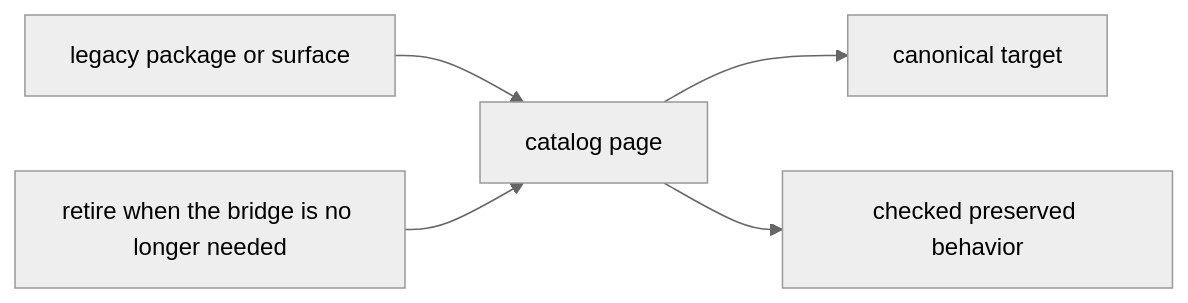
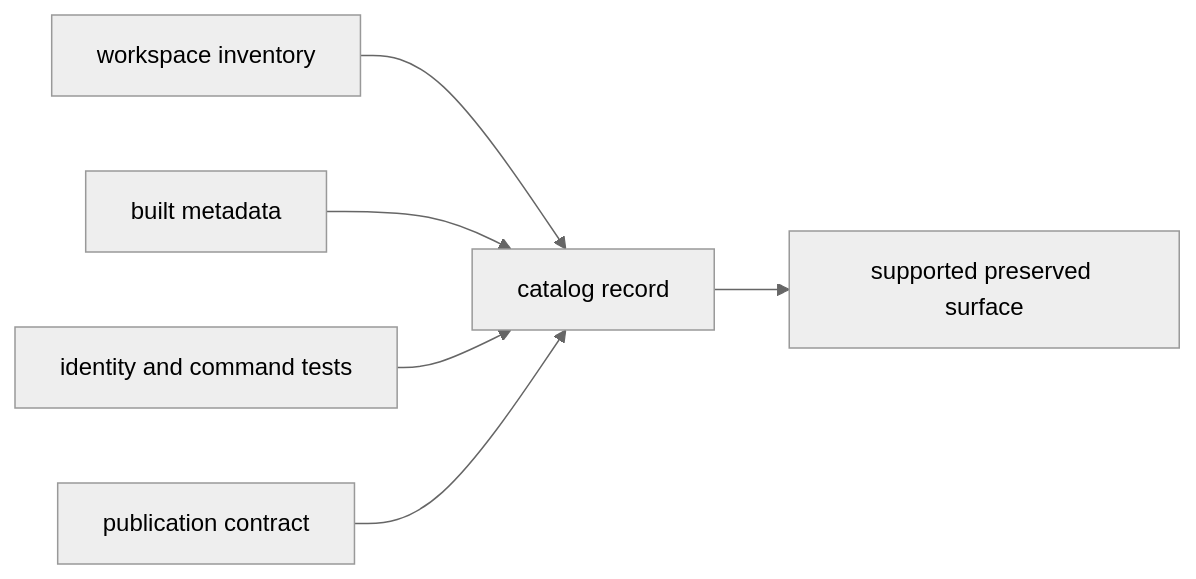
Before and after one commit to bijux/bijux-canon: the second of 2 diagrams in docs/08-compat-packages/catalog/index.md, drawn with Mermaid (neutral theme). The commit also changed other lines of this file and 1 other file, not shown here.

Commit message:
docs(compat): define bridge authority and reader routes

````diff
--- a/docs/08-compat-packages/catalog/index.md
+++ b/docs/08-compat-packages/catalog/index.md
@@ -22,12 +66,8 @@
 ```mermaid
 flowchart LR
-    legacy["legacy package or surface"]
-    catalog["catalog page"]
-    target["canonical target"]
-    proof["checked preserved behavior"]
-    pressure["retire when the bridge is no longer needed"]
-
-    legacy --> catalog --> target
-    catalog --> proof
-    pressure --> catalog
+    workspace["workspace inventory"] --> record["catalog record"]
+    wheel["built metadata"] --> record
+    tests["identity and command tests"] --> record
+    publish["publication contract"] --> record
+    record --> consumer["supported preserved surface"]
 ```
````
